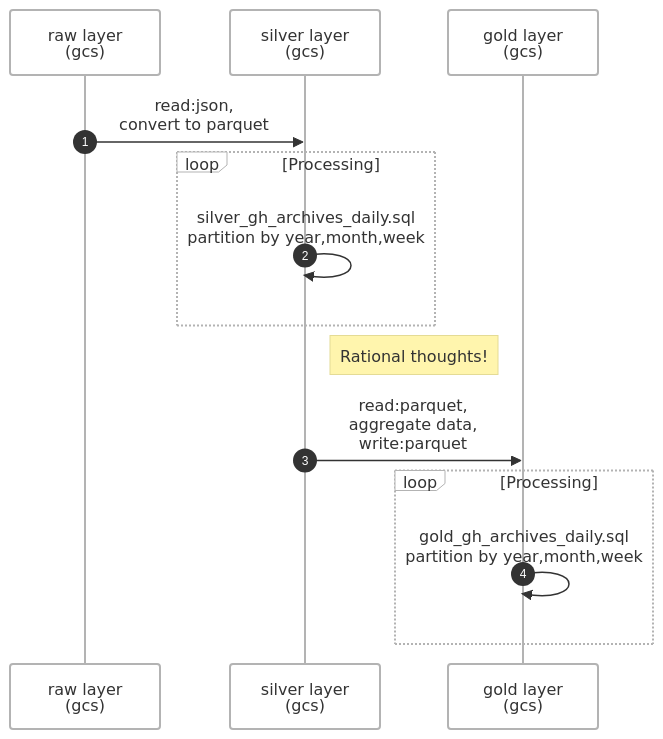
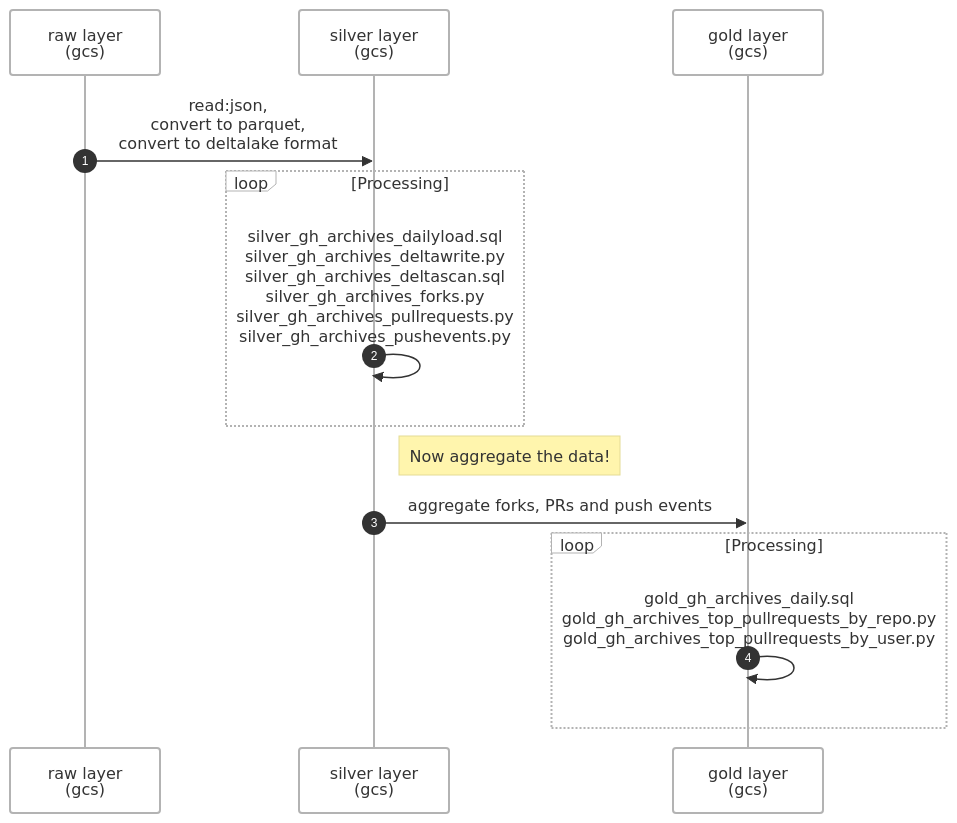
One commit to srikanthkote/trade_dbt_project changed the second of 2 diagrams in README.md. Above: the diagram before and after it, drawn with Mermaid. The commit also changed other lines of this file and 10 other files, not shown here.

````diff
--- a/README.md
+++ b/README.md
@@ -26,21 +26,21 @@
 ```mermaid
 ---
 config:
   theme: neo
 ---
 sequenceDiagram
   participant Alice as raw layer<br>(gcs)
   participant John as silver layer<br>(gcs)
   participant Bob as gold layer<br>(gcs)
 
   autonumber
-  Alice ->> John: read:json, <br>convert to parquet
+  Alice ->> John: read:json, <br>convert to parquet, <br> convert to deltalake format 
   loop Processing
-    John ->> John: silver_gh_archives_daily.sql <br> partition by year,month,week
+    John ->> John: silver_gh_archives_dailyload.sql <br> silver_gh_archives_deltawrite.py <br> silver_gh_archives_deltascan.sql <br> silver_gh_archives_forks.py <br> silver_gh_archives_pullrequests.py <br> silver_gh_archives_pushevents.py
   end
-  Note right of John: Rational thoughts!
-  John ->> Bob: read:parquet, <br>aggregate data, <br>write:parquet
+  Note right of John: Now aggregate the data!
+  John ->> Bob: aggregate forks, PRs and push events
   loop Processing
-    Bob ->> Bob: gold_gh_archives_daily.sql <br> partition by year,month,week
+    Bob ->> Bob: gold_gh_archives_daily.sql <br> gold_gh_archives_top_pullrequests_by_repo.py <br> gold_gh_archives_top_pullrequests_by_user.py
   end  
 ```
````
